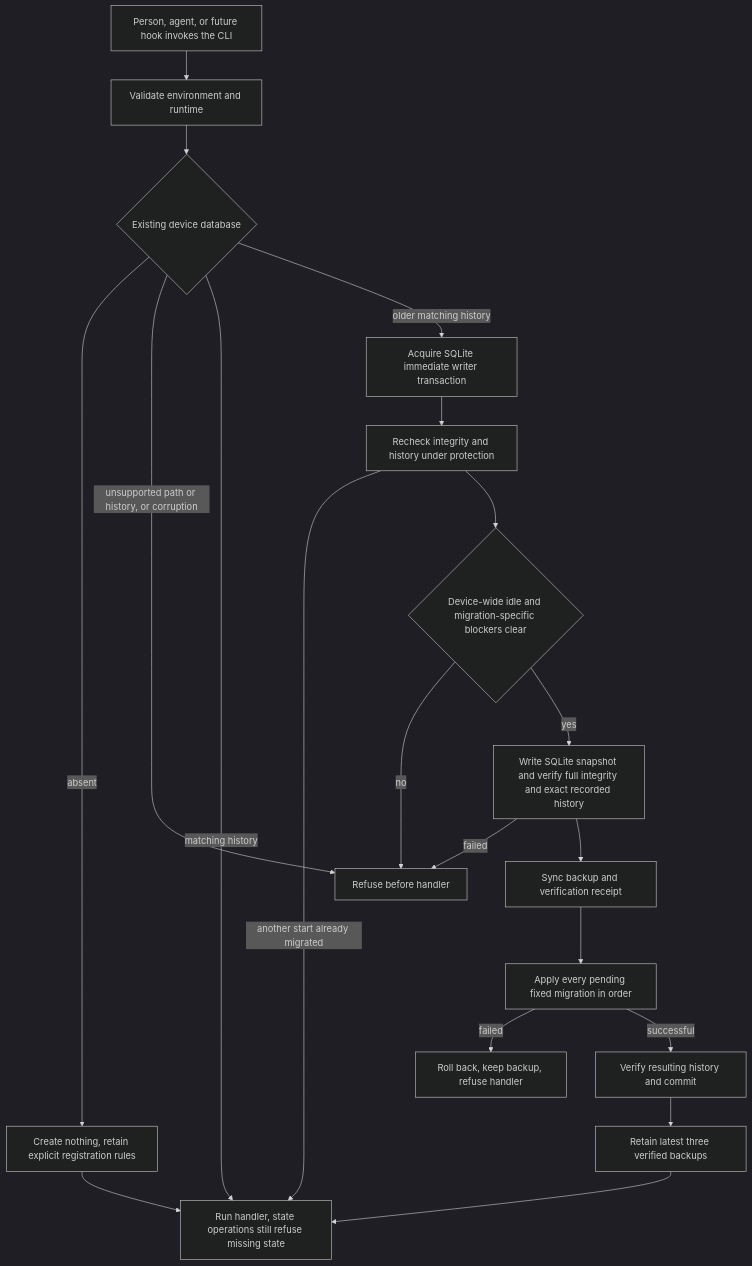
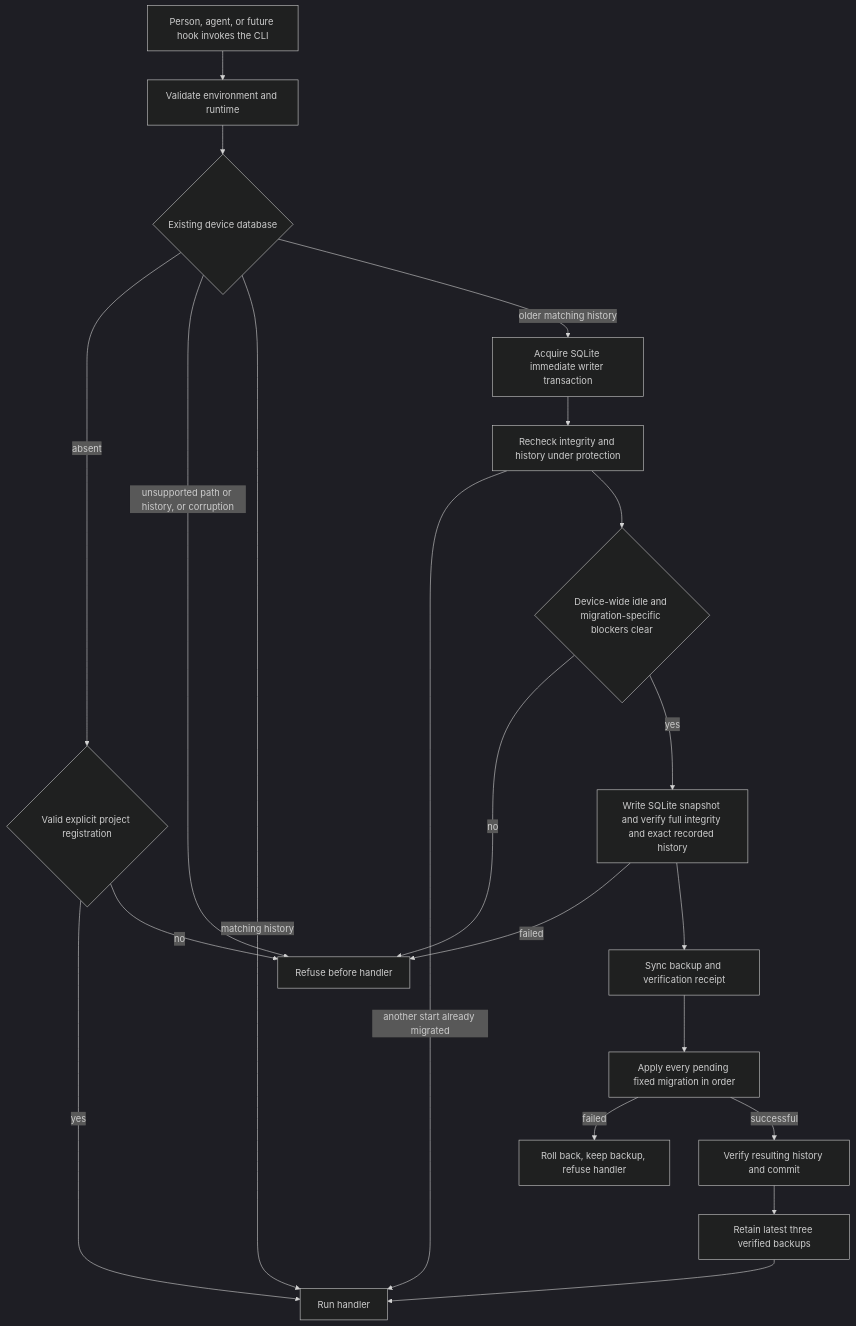
The diagram in docs/implementation/245-automatic-compatibility.md (fveracoechea/operator), drawn with Mermaid (dark theme) before and after one commit. The commit also changed other lines of this file and 22 other files, not shown here.

````diff
--- a/docs/implementation/245-automatic-compatibility.md
+++ b/docs/implementation/245-automatic-compatibility.md
@@ -10,22 +10,23 @@
 ```mermaid
 flowchart TD
     C[Person, agent, or future hook invokes the CLI] --> E[Validate environment and runtime]
     E --> H{Existing device database}
-    H -->|absent| N[Create nothing, retain explicit registration rules]
-    N --> R[Run handler, state operations still refuse missing state]
-    H -->|unsupported path or history, or corruption| F[Refuse before handler]
+    H -->|absent| N{Valid explicit project registration}
+    N -->|yes| R[Run handler]
+    N -->|no| F[Refuse before handler]
+    H -->|unsupported path or history, or corruption| F
     H -->|matching history| R
     H -->|older matching history| L[Acquire SQLite immediate writer transaction]
     L --> Q[Recheck integrity and history under protection]
     Q -->|another start already migrated| R
     Q --> I{Device-wide idle and migration-specific blockers clear}
     I -->|no| F
     I -->|yes| B[Write SQLite snapshot and verify full integrity and exact recorded history]
     B -->|failed| F
     B --> V[Sync backup and verification receipt]
     V --> M[Apply every pending fixed migration in order]
     M -->|failed| K[Roll back, keep backup, refuse handler]
     M -->|successful| T[Verify resulting history and commit]
     T --> P[Retain latest three verified backups]
     P --> R
 ```
````
